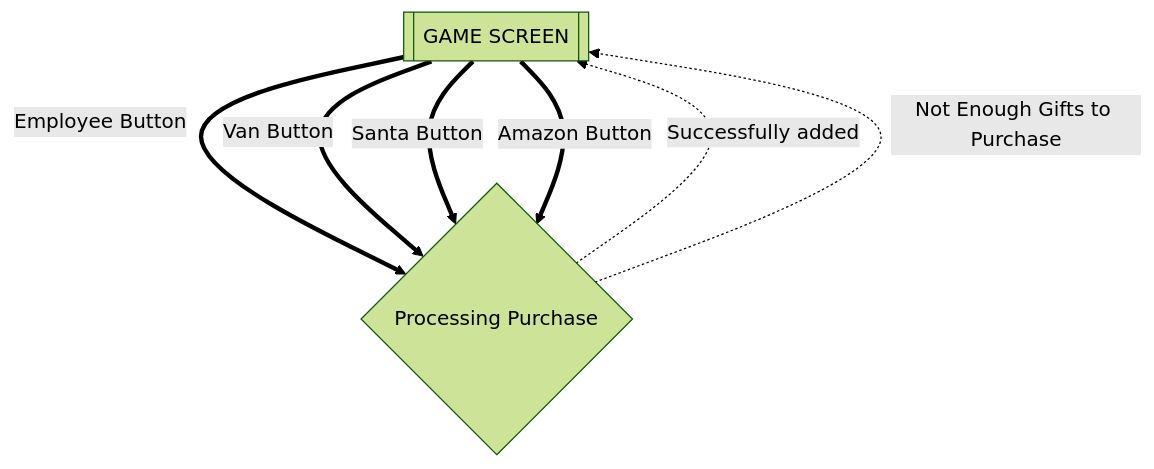
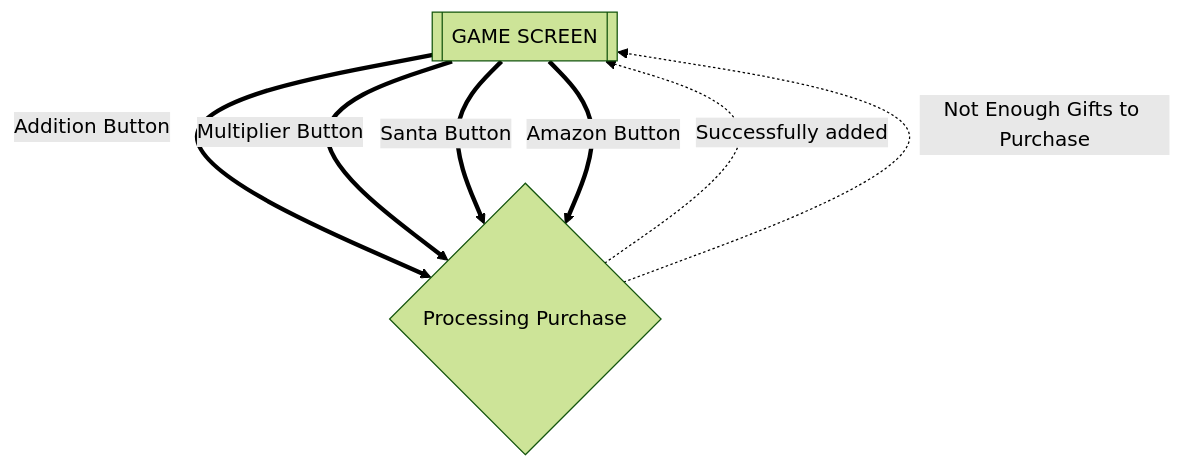
Before and after one commit to umangmehta0007/Clicker: the third of 3 diagrams in flows.md, drawn with Mermaid (forest theme). The commit also changed other lines of this file and 14 other files, not shown here.

````diff
--- a/flows.md
+++ b/flows.md
@@ -30,17 +65,17 @@
 ```mermaid
 
 flowchart
     hs[[GAME SCREEN]]
     upgrades{Processing Purchase}
         
-        hs==Employee Button==>upgrades
-        hs==Van Button==>upgrades
+        hs==Addition Button==>upgrades
+        hs==Multiplier Button==>upgrades
         hs==Santa Button==>upgrades
         hs==Amazon Button==>upgrades
 
 
     upgrades-.Successfully added.->hs
     upgrades-.Not Enough Gifts to Purchase.->hs
 
 
 ```
````
